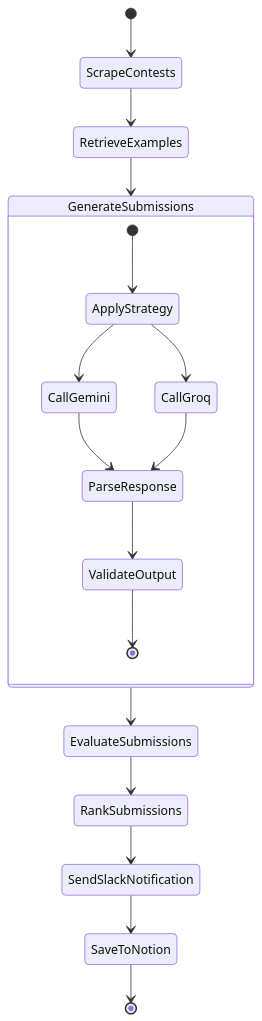
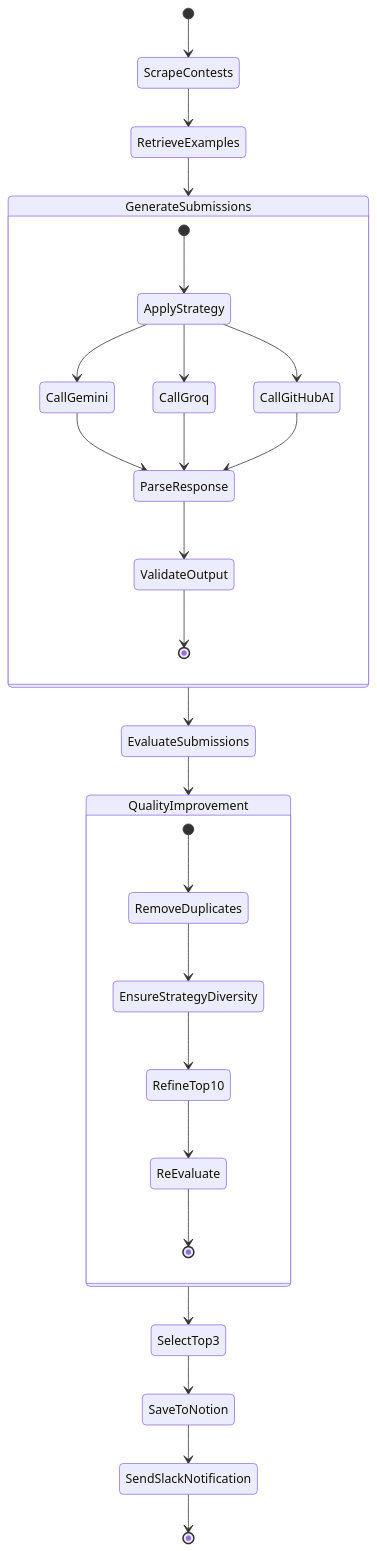
Before and after one commit to joelonsw/fast-naming: the second of 2 diagrams in agent/langgraph-guide.md, drawn with Mermaid. The commit also changed other lines of this file and 4 other files, not shown here.

````diff
--- a/agent/langgraph-guide.md
+++ b/agent/langgraph-guide.md
@@ -50,22 +56,34 @@
 ```mermaid
 stateDiagram-v2
     [*] --> ScrapeContests
     ScrapeContests --> RetrieveExamples
     RetrieveExamples --> GenerateSubmissions
     
     state GenerateSubmissions {
         [*] --> ApplyStrategy
         ApplyStrategy --> CallGemini
         ApplyStrategy --> CallGroq
+        ApplyStrategy --> CallGitHubAI
         CallGemini --> ParseResponse
         CallGroq --> ParseResponse
+        CallGitHubAI --> ParseResponse
         ParseResponse --> ValidateOutput
         ValidateOutput --> [*]
     }
     
     GenerateSubmissions --> EvaluateSubmissions
-    EvaluateSubmissions --> RankSubmissions
-    RankSubmissions --> SendSlackNotification
-    SendSlackNotification --> SaveToNotion
-    SaveToNotion --> [*]
+    EvaluateSubmissions --> QualityImprovement
+    
+    state QualityImprovement {
+        [*] --> RemoveDuplicates
+        RemoveDuplicates --> EnsureStrategyDiversity
+        EnsureStrategyDiversity --> RefineTop10
+        RefineTop10 --> ReEvaluate
+        ReEvaluate --> [*]
+    }
+    
+    QualityImprovement --> SelectTop3
+    SelectTop3 --> SaveToNotion
+    SaveToNotion --> SendSlackNotification
+    SendSlackNotification --> [*]
 ```
````
